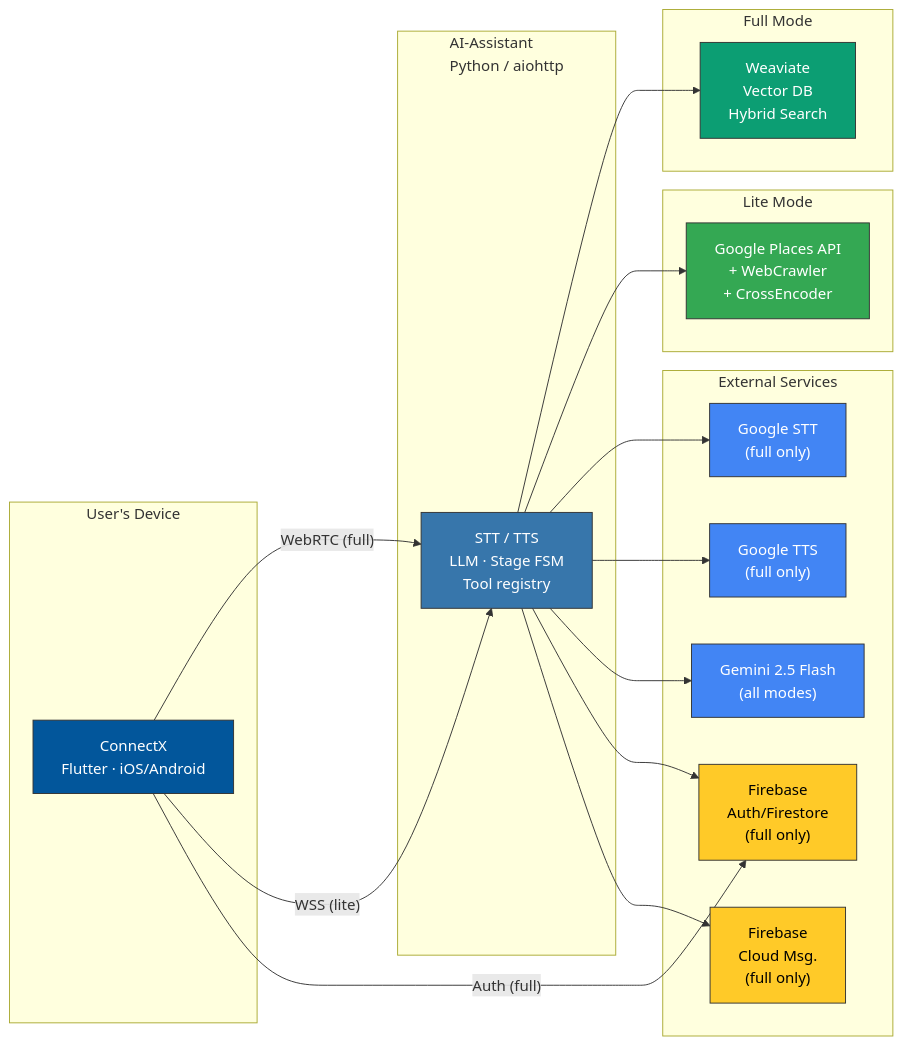
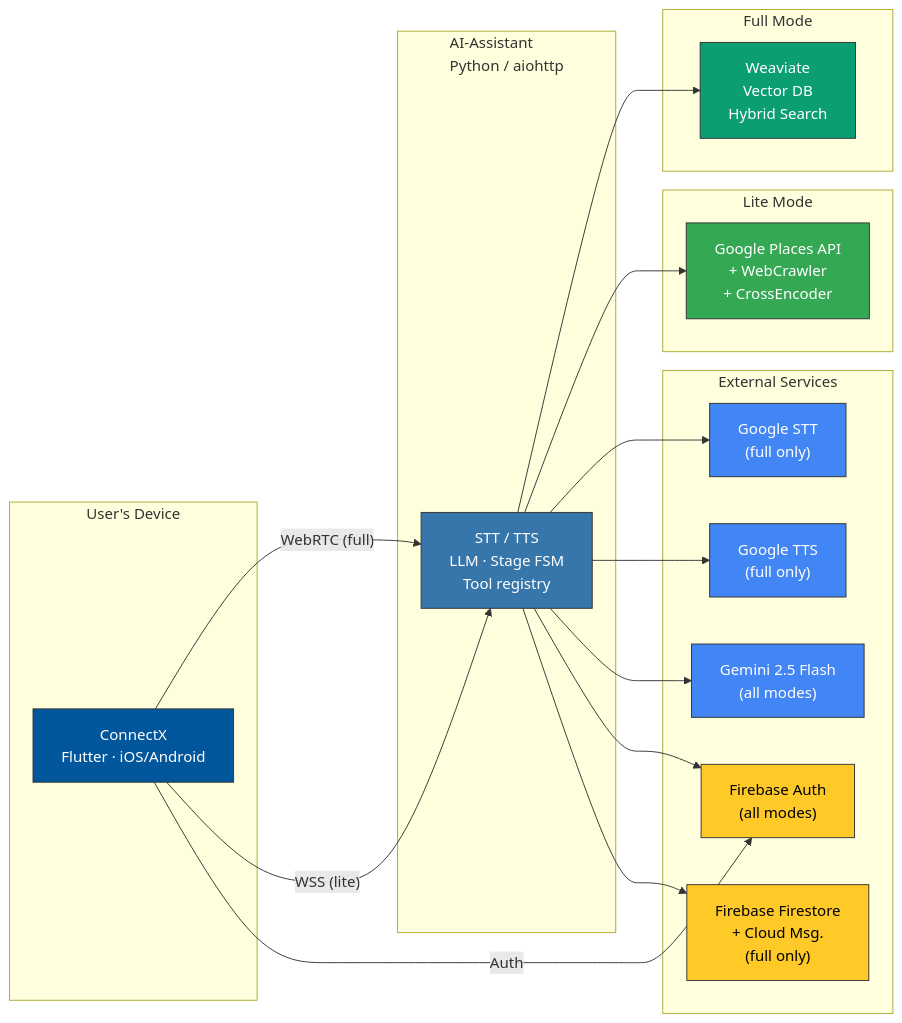
Before and after one commit to Fides-Connect/linkora: the first of 2 diagrams in docs/architecture.md, drawn with Mermaid. The commit also changed 1 other file, not shown here.

Commit message:
Fix Firebase Auth as shared dependency (Firestore/FCM are full-only)

````diff
--- a/docs/architecture.md
+++ b/docs/architecture.md
@@ -9,47 +9,47 @@
 ```mermaid
 graph LR
     subgraph Device["User's Device"]
         A["ConnectX\nFlutter · iOS/Android"]
     end
 
     subgraph Backend["AI-Assistant\nPython / aiohttp"]
         B["STT / TTS\nLLM · Stage FSM\nTool registry"]
     end
 
     subgraph Full["Full Mode"]
         C["Weaviate\nVector DB\nHybrid Search"]
     end
 
     subgraph Lite["Lite Mode"]
         D["Google Places API\n+ WebCrawler\n+ CrossEncoder"]
     end
 
     subgraph External["External Services"]
         E["Google STT\n(full only)"]
         F["Google TTS\n(full only)"]
         G["Gemini 2.5 Flash\n(all modes)"]
-        H["Firebase\nAuth/Firestore\n(full only)"]
-        I["Firebase\nCloud Msg.\n(full only)"]
+        H["Firebase Auth\n(all modes)"]
+        H2["Firebase Firestore\n+ Cloud Msg.\n(full only)"]
     end
 
     A -- "WebRTC (full)" --> B
     A -- "WSS (lite)" --> B
-    A -- "Auth (full)" --> H
+    A -- "Auth" --> H
     B --> C
     B --> D
     B --> E
     B --> F
     B --> G
     B --> H
-    B --> I
+    B --> H2
 
     style A fill:#02569B,stroke:#333,color:#fff
     style B fill:#3776AB,stroke:#333,color:#fff
     style C fill:#0C9E73,stroke:#333,color:#fff
     style D fill:#34A853,stroke:#333,color:#fff
     style E fill:#4285F4,stroke:#333,color:#fff
     style F fill:#4285F4,stroke:#333,color:#fff
     style G fill:#4285F4,stroke:#333,color:#fff
     style H fill:#FFCA28,stroke:#333,color:#000
-    style I fill:#FFCA28,stroke:#333,color:#000
+    style H2 fill:#FFCA28,stroke:#333,color:#000
 ```
````
